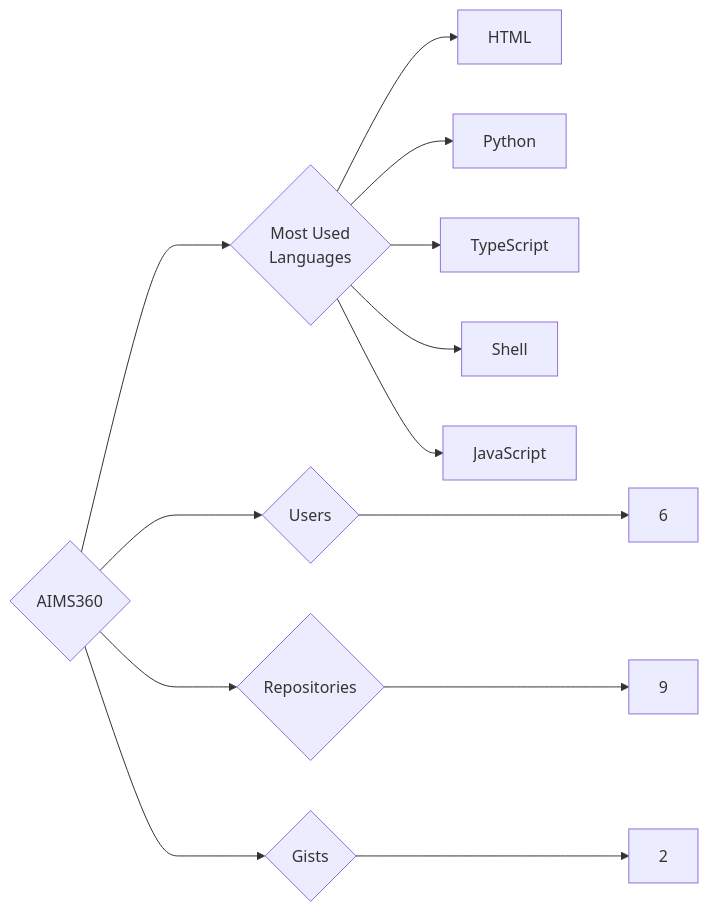
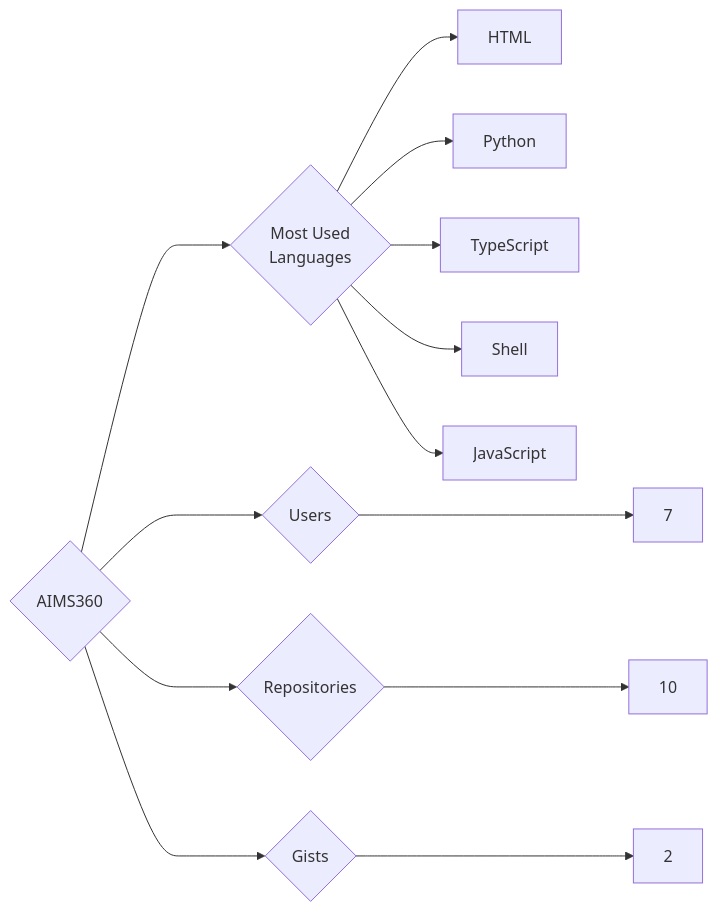
One commit to trickest/insiders changed the diagram in targets/AIMS360/README.md. Above: the diagram before and after it, drawn with Mermaid. The commit also changed 985 other files, not shown here.

````diff
--- a/targets/AIMS360/README.md
+++ b/targets/AIMS360/README.md
@@ -3,13 +3,13 @@
 ```mermaid
 graph LR
 COMPANY_NAME{AIMS360}
-COMPANY_NAME ---> U{Users} ---> UN[6]
-COMPANY_NAME ---> R{Repositories} ---> RN[9]
+COMPANY_NAME ---> U{Users} ---> UN[7]
+COMPANY_NAME ---> R{Repositories} ---> RN[10]
 COMPANY_NAME ---> G{Gists} ---> GN[2]
 COMPANY_NAME ---> ML{Most Used<br>Languages}
 ML --> HTML[HTML]
 ML --> Python[Python]
 ML --> TypeScript[TypeScript]
 ML --> Shell[Shell]
 ML --> JavaScript[JavaScript]
 ```
````
